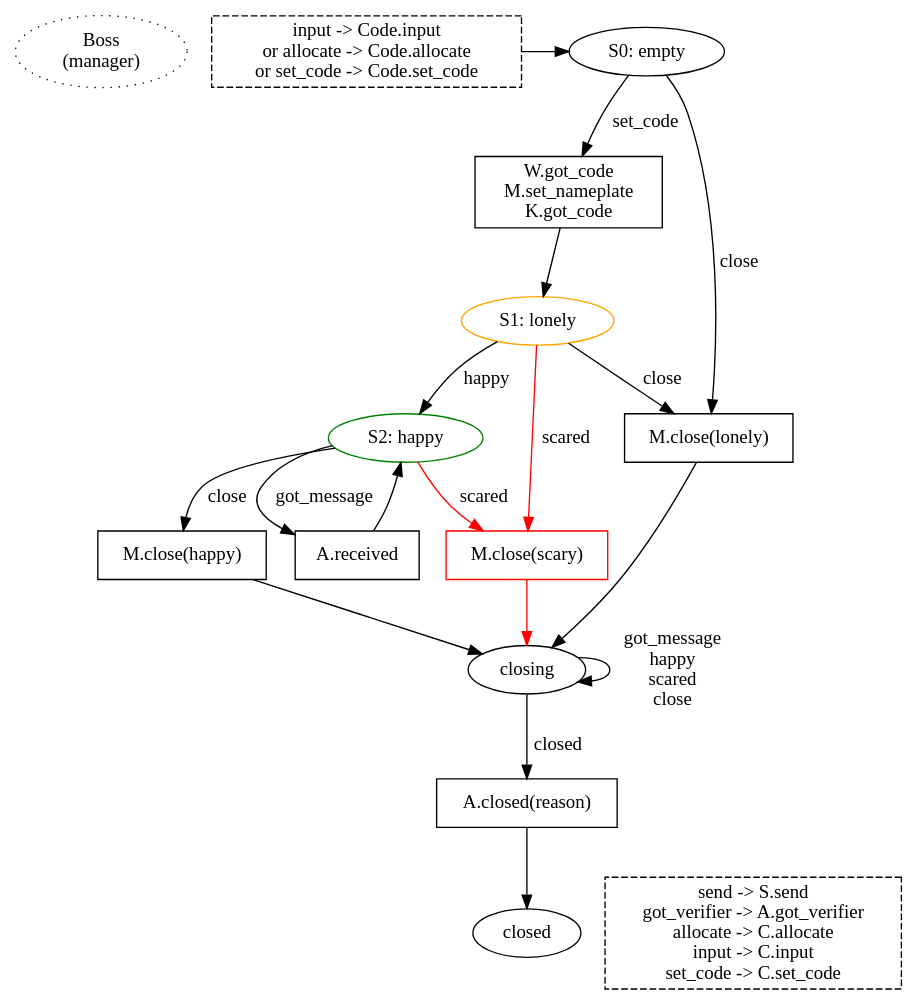
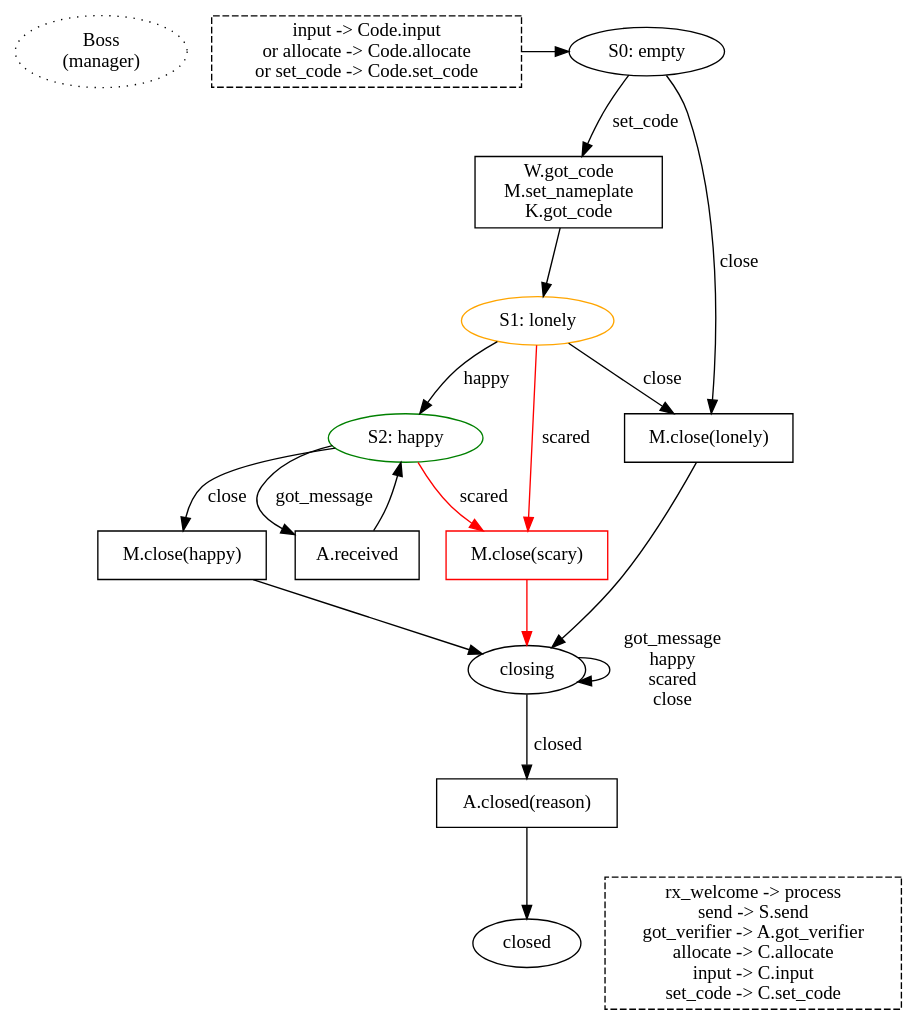
The diagram in docs/boss.dot (magic-wormhole/magic-wormhole), drawn with Graphviz before and after one commit. The commit also changed 10 other files, not shown here.

```diff
--- a/docs/boss.dot
+++ b/docs/boss.dot
@@ -1,61 +1,61 @@
 digraph {
 
         /* could shave a RTT by committing to the nameplate early, before
         finishing the rest of the code input. While the user is still
         typing/completing the code, we claim the nameplate, open the mailbox,
         and retrieve the peer's PAKE message. Then as soon as the user
         finishes entering the code, we build our own PAKE message, send PAKE,
         compute the key, send VERSION. Starting from the Return, this saves
         two round trips. OTOH it adds consequences to hitting Tab. */
 
         start [label="Boss\n(manager)" style="dotted"]
 
         {rank=same; P0_code S0}
         P0_code [shape="box" style="dashed"
                  label="input -> Code.input\n or allocate -> Code.allocate\n or set_code -> Code.set_code"]
         P0_code -> S0
         S0 [label="S0: empty"]
         S0 -> P0_build [label="set_code"]
 
         S0 -> P_close_lonely [label="close"]
 
         P0_build [shape="box" label="W.got_code\nM.set_nameplate\nK.got_code"]
         P0_build -> S1
         S1 [label="S1: lonely" color="orange"]
 
         S1 -> S2 [label="happy"]
 
         S1 -> P_close_scary [label="scared" color="red"]
         S1 -> P_close_lonely [label="close"]
         P_close_lonely [shape="box" label="M.close(lonely)"]
         P_close_lonely -> S_closing
 
         P_close_scary [shape="box" label="M.close(scary)" color="red"]
         P_close_scary -> S_closing [color="red"]
 
         S2 [label="S2: happy" color="green"]
         S2 -> P2_close [label="close"]
         P2_close [shape="box" label="M.close(happy)"]
         P2_close -> S_closing
 
         S2 -> P2_got_message [label="got_message"]
         P2_got_message [shape="box" label="A.received"]
         P2_got_message -> S2
 
         S2 -> P_close_scary [label="scared" color="red"]
 
         S_closing [label="closing"]
         S_closing -> P_closed [label="closed"]
         S_closing -> S_closing [label="got_message\nhappy\nscared\nclose"]
 
         P_closed [shape="box" label="A.closed(reason)"]
         P_closed -> S_closed
         S_closed [label="closed"]
 
         {rank=same; Other S_closed}
         Other [shape="box" style="dashed"
-               label="send -> S.send\ngot_verifier -> A.got_verifier\nallocate -> C.allocate\ninput -> C.input\nset_code -> C.set_code"
+               label="rx_welcome -> process\nsend -> S.send\ngot_verifier -> A.got_verifier\nallocate -> C.allocate\ninput -> C.input\nset_code -> C.set_code"
                ]
 
 
 }
```
